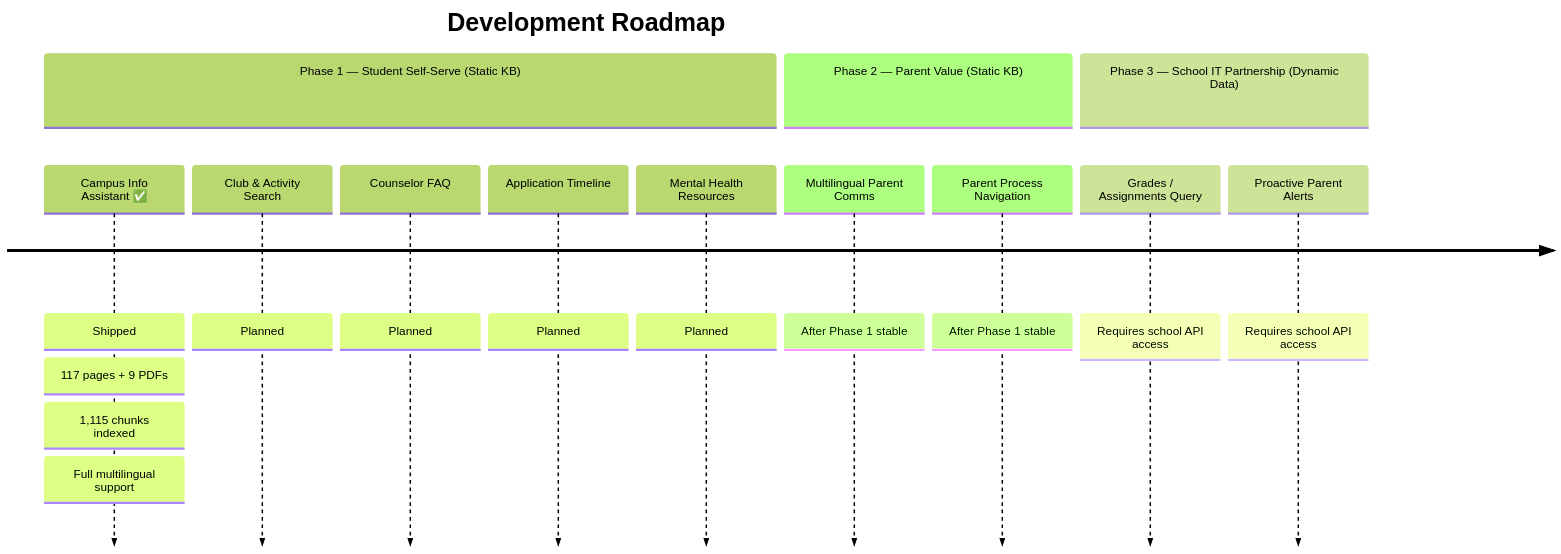
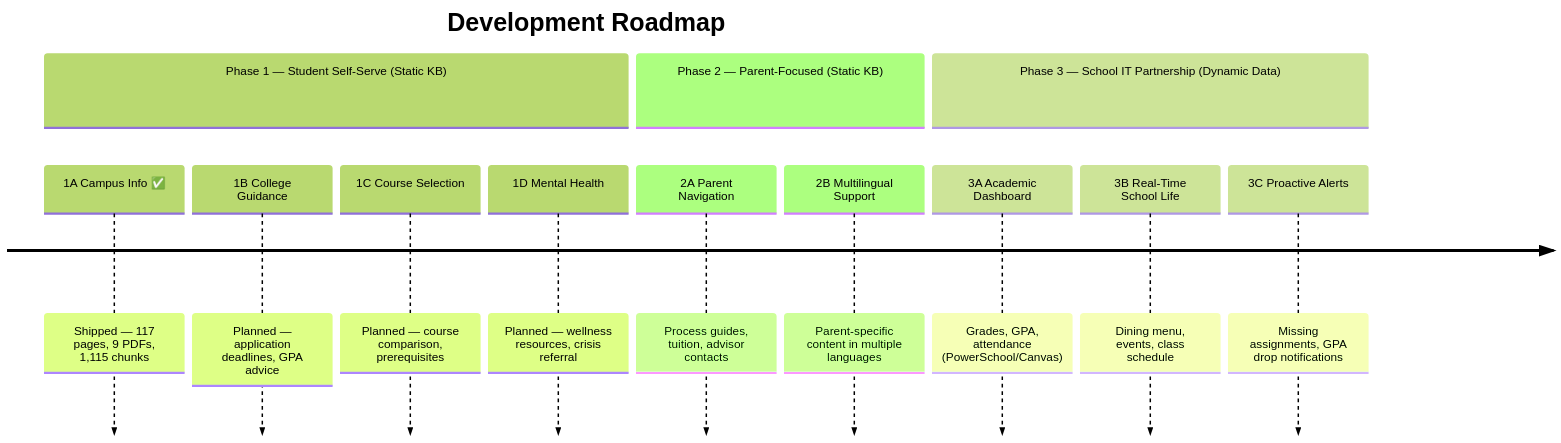
Before and after one commit to szkangjian/webb-ai: the second of 2 diagrams in docs/roadmap.md, drawn with Mermaid (forest theme). The commit also changed other lines of this file and 1 other file, not shown here.

First line of the commit message:
Add detailed feature scenarios and sub-phases to roadmap (EN/ZH)

````diff
--- a/docs/roadmap.md
+++ b/docs/roadmap.md
@@ -33,19 +33,16 @@
 ```mermaid
 timeline
     title Development Roadmap
     section Phase 1 — Student Self-Serve (Static KB)
-        Campus Info Assistant ✅ : Shipped
-                                : 117 pages + 9 PDFs
-                                : 1,115 chunks indexed
-                                : Full multilingual support
-        Club & Activity Search : Planned
-        Counselor FAQ          : Planned
-        Application Timeline   : Planned
-        Mental Health Resources: Planned
-    section Phase 2 — Parent Value (Static KB)
-        Multilingual Parent Comms : After Phase 1 stable
-        Parent Process Navigation : After Phase 1 stable
+        1A Campus Info ✅       : Shipped — 117 pages, 9 PDFs, 1,115 chunks
+        1B College Guidance     : Planned — application deadlines, GPA advice
+        1C Course Selection     : Planned — course comparison, prerequisites
+        1D Mental Health        : Planned — wellness resources, crisis referral
+    section Phase 2 — Parent-Focused (Static KB)
+        2A Parent Navigation   : Process guides, tuition, advisor contacts
+        2B Multilingual Support: Parent-specific content in multiple languages
     section Phase 3 — School IT Partnership (Dynamic Data)
-        Grades / Assignments Query : Requires school API access
-        Proactive Parent Alerts    : Requires school API access
+        3A Academic Dashboard  : Grades, GPA, attendance (PowerSchool/Canvas)
+        3B Real-Time School Life: Dining menu, events, class schedule
+        3C Proactive Alerts    : Missing assignments, GPA drop notifications
 ```
````
